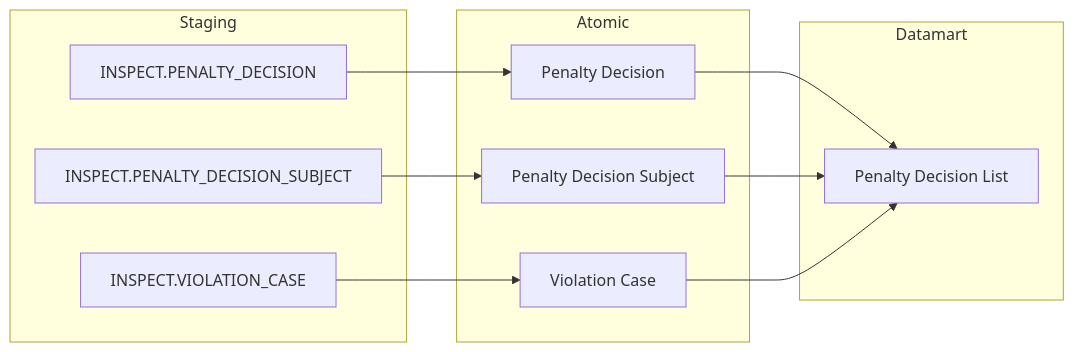
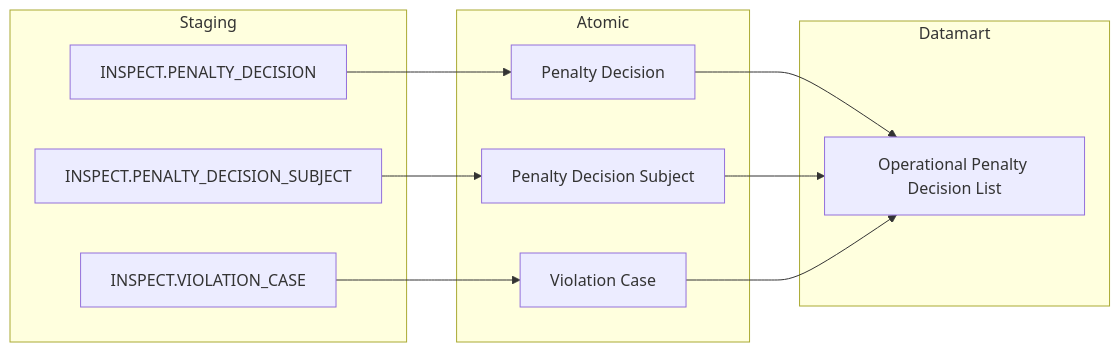
The tenth of 50 diagrams in Datamart/hld/DTM_TT_HLD.md (linhlvit/ubck_atomic_design), drawn with Mermaid before and after one commit. The commit also changed other lines of this file and 26 other files, not shown here.

````diff
--- a/Datamart/hld/DTM_TT_HLD.md
+++ b/Datamart/hld/DTM_TT_HLD.md
@@ -338,26 +348,26 @@
 ```mermaid
 flowchart LR
     subgraph SRC["Staging"]
         S1["INSPECT.PENALTY_DECISION"]
         S2["INSPECT.PENALTY_DECISION_SUBJECT"]
         S3["INSPECT.VIOLATION_CASE"]
     end
 
     subgraph SIL["Atomic"]
         SV1["Penalty Decision"]
         SV2["Penalty Decision Subject"]
         SV3["Violation Case"]
     end
 
     subgraph GOLD["Datamart"]
-        G1["Penalty Decision List"]
+        G1["Operational Penalty Decision List"]
     end
 
     S1 --> SV1
     S2 --> SV2
     S3 --> SV3
 
     SV1 --> G1
     SV2 --> G1
     SV3 --> G1
 ```
````
